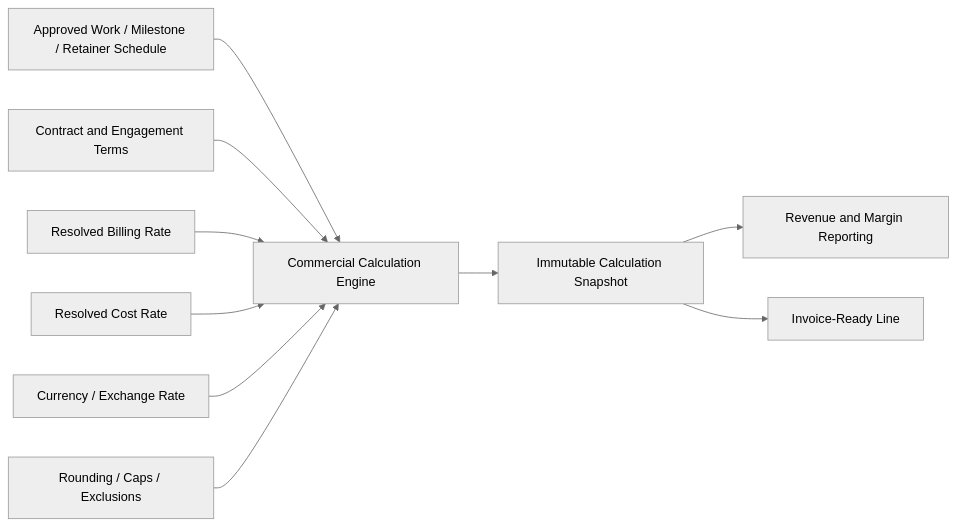
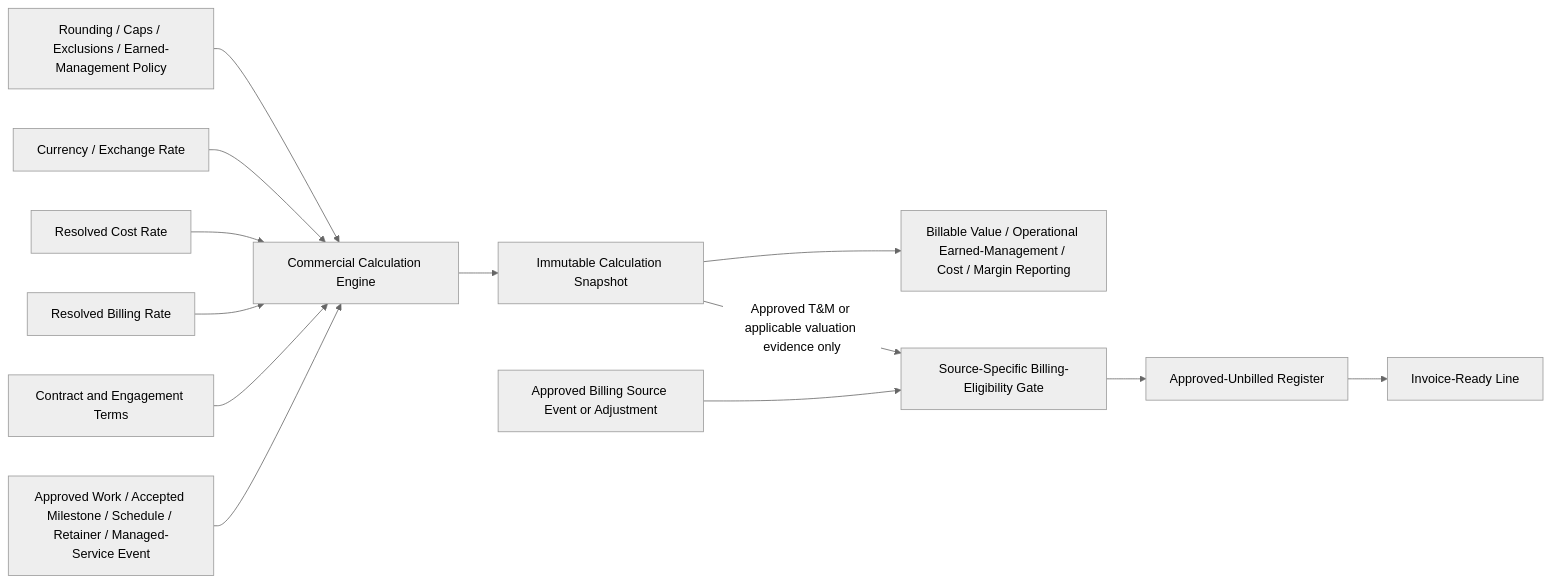
Before and after one commit to APReddy-AutoBotz/WorkOS: the fourth of 5 diagrams in docs/02-architecture/ARCHITECTURE_OVERVIEW.md, drawn with Mermaid (neutral theme). The commit also changed other lines of this file, not shown here.

Commit message:
docs: gate invoice readiness on explicit billing eligibility

````diff
--- a/docs/02-architecture/ARCHITECTURE_OVERVIEW.md
+++ b/docs/02-architecture/ARCHITECTURE_OVERVIEW.md
@@ -403,23 +403,30 @@
 ```mermaid
 flowchart LR
-    Source[Approved Work / Milestone / Retainer Schedule]
+    ValuationSource[Approved Work / Accepted Milestone / Schedule / Retainer / Managed-Service Event]
+    BillingEvent[Approved Billing Source Event or Adjustment]
     Terms[Contract and Engagement Terms]
     Rate[Resolved Billing Rate]
     Cost[Resolved Cost Rate]
     FX[Currency / Exchange Rate]
-    Policy[Rounding / Caps / Exclusions]
+    Policy[Rounding / Caps / Exclusions / Earned-Management Policy]
     Engine[Commercial Calculation Engine]
     Snapshot[Immutable Calculation Snapshot]
-    Reporting[Revenue and Margin Reporting]
+    Reporting[Billable Value / Operational Earned-Management / Cost / Margin Reporting]
+    Eligibility[Source-Specific Billing-Eligibility Gate]
+    Unbilled[Approved-Unbilled Register]
     Invoice[Invoice-Ready Line]
 
-    Source --> Engine
+    ValuationSource --> Engine
     Terms --> Engine
     Rate --> Engine
     Cost --> Engine
     FX --> Engine
     Policy --> Engine
     Engine --> Snapshot
     Snapshot --> Reporting
-    Snapshot --> Invoice
+
+    BillingEvent --> Eligibility
+    Snapshot -->|Approved T&M or applicable valuation evidence only| Eligibility
+    Eligibility --> Unbilled
+    Unbilled --> Invoice
 ```
````
